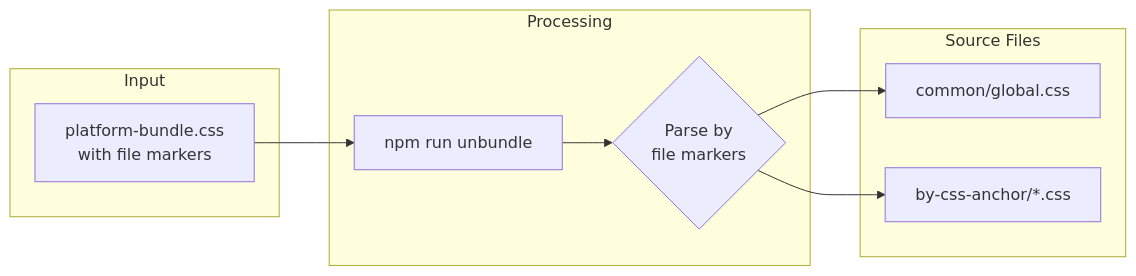
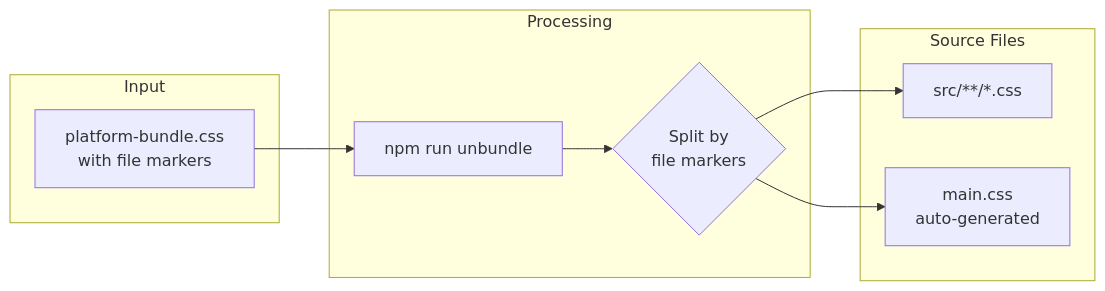
One commit to gs-pshchegolev/custom-css changed the second of 3 diagrams in README.md. Above: the diagram before and after it, drawn with Mermaid. The commit also changed other lines of this file, not shown here.

````diff
--- a/README.md
+++ b/README.md
@@ -67,21 +65,21 @@
 ```mermaid
 flowchart LR
     subgraph input[Input]
         community[platform-bundle.css<br/>with file markers]
     end
     
     subgraph process[Processing]
         unbundle[npm run unbundle]
-        parse{Parse by<br/>file markers}
+        parse{Split by<br/>file markers}
     end
     
     subgraph src[Source Files]
-        global[common/global.css]
-        widgets[by-css-anchor/*.css]
+        files[src/**/*.css]
+        main[main.css<br/>auto-generated]
     end
     
     community --> unbundle
     unbundle --> parse
-    parse --> global
-    parse --> widgets
+    parse --> files
+    parse --> main
 ```
````
